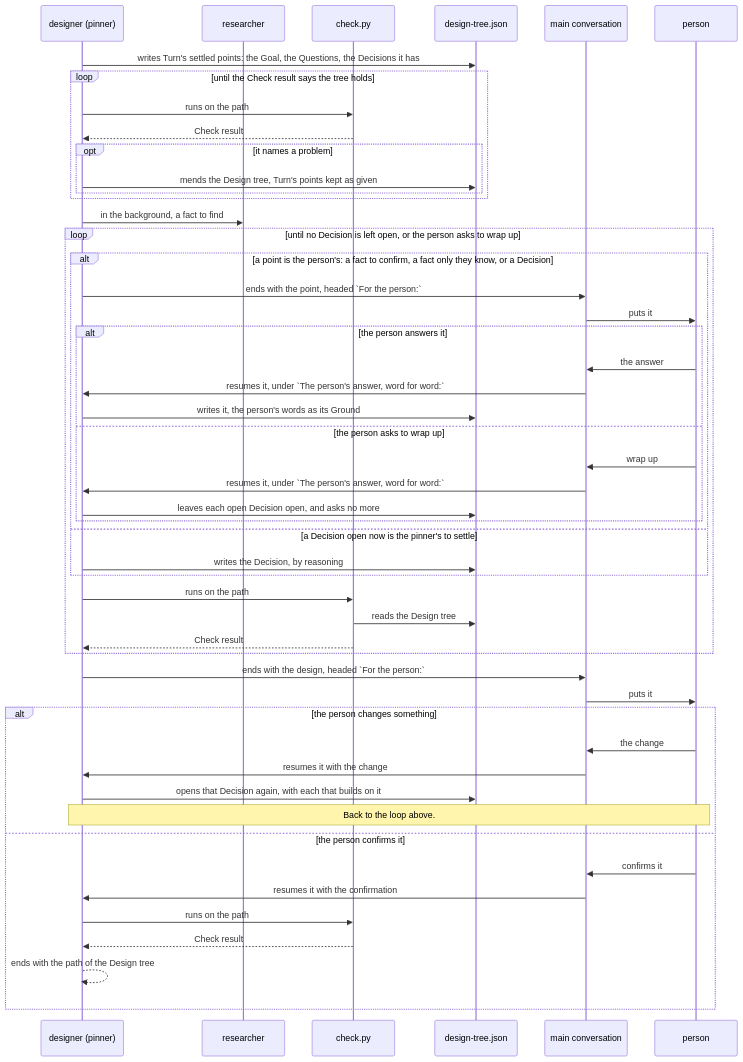
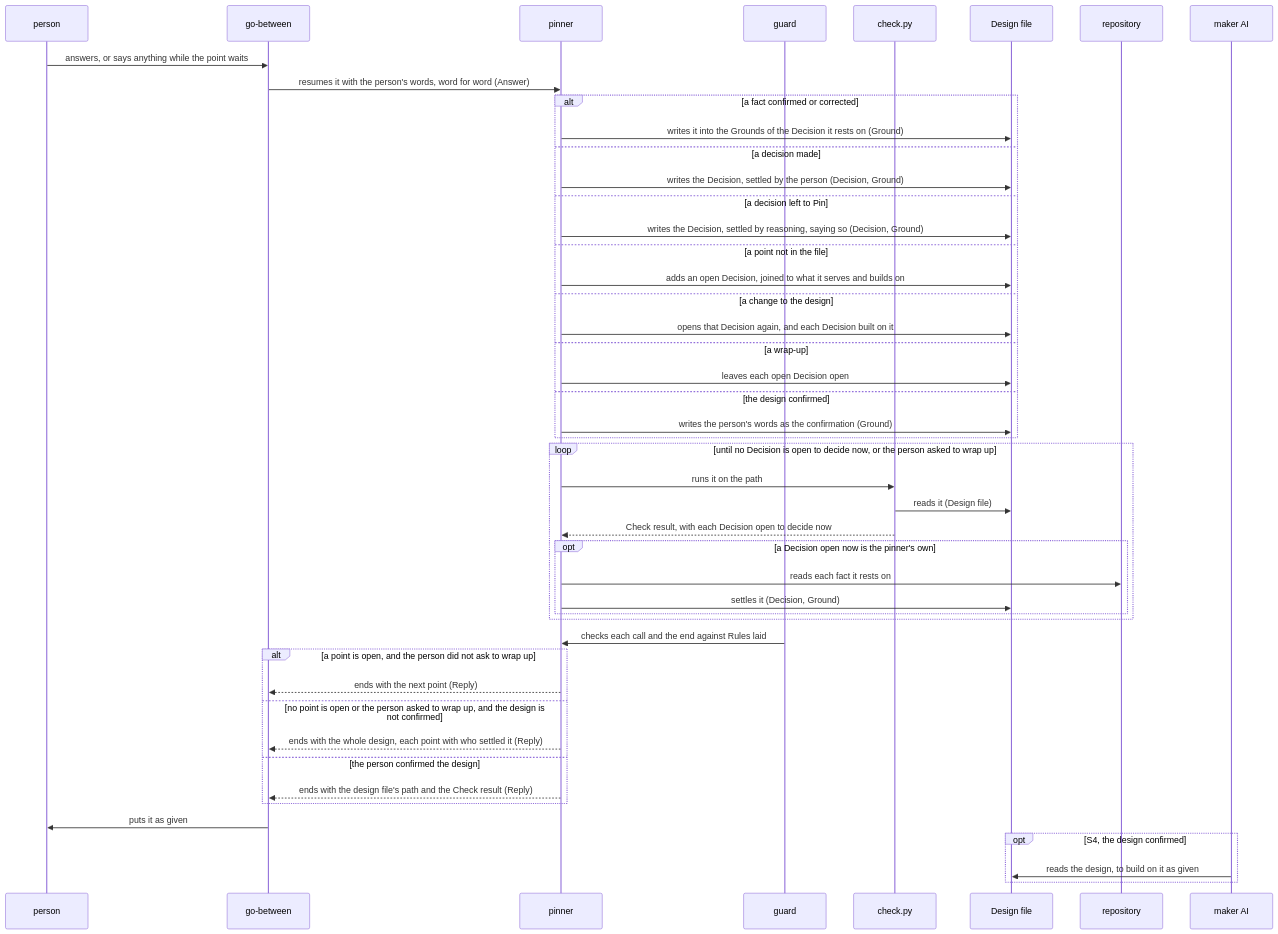
The second of 2 diagrams in dev/pin/architecture.md (lovaizu/ccpm), drawn with Mermaid before and after one commit. The commit also changed other lines of this file and 6 other files, not shown here.

````diff
--- a/dev/pin/architecture.md
+++ b/dev/pin/architecture.md
@@ -269,52 +263,49 @@
 ```mermaid
 sequenceDiagram
-  participant D as designer (pinner)
-  participant R as researcher
-  participant C as check.py
-  participant T as design-tree.json
-  participant M as main conversation
   participant P as person
-  D->>T: writes Turn's settled points: the Goal, the Questions, the Decisions it has
-  loop until the Check result says the tree holds
-    D->>C: runs on the path
-    C-->>D: Check result
-    opt it names a problem
-      D->>T: mends the Design tree, Turn's points kept as given
+  participant GB as go-between
+  participant PN as pinner
+  participant GD as guard
+  participant CK as check.py
+  participant DF as Design file
+  participant RP as repository
+  participant M as maker AI
+  P->>GB: answers, or says anything while the point waits
+  GB->>PN: resumes it with the person's words, word for word (Answer)
+  alt a fact confirmed or corrected
+    PN->>DF: writes it into the Grounds of the Decision it rests on (Ground)
+  else a decision made
+    PN->>DF: writes the Decision, settled by the person (Decision, Ground)
+  else a decision left to Pin
+    PN->>DF: writes the Decision, settled by reasoning, saying so (Decision, Ground)
+  else a point not in the file
+    PN->>DF: adds an open Decision, joined to what it serves and builds on
+  else a change to the design
+    PN->>DF: opens that Decision again, and each Decision built on it
+  else a wrap-up
+    PN->>DF: leaves each open Decision open
+  else the design confirmed
+    PN->>DF: writes the person's words as the confirmation (Ground)
+  end
+  loop until no Decision is open to decide now, or the person asked to wrap up
+    PN->>CK: runs it on the path
+    CK->>DF: reads it (Design file)
+    CK-->>PN: Check result, with each Decision open to decide now
+    opt a Decision open now is the pinner's own
+      PN->>RP: reads each fact it rests on
+      PN->>DF: settles it (Decision, Ground)
     end
   end
-  D->>R: in the background, a fact to find
-  loop until no Decision is left open, or the person asks to wrap up
-    alt a point is the person's: a fact to confirm, a fact only they know, or a Decision
-      D->>M: ends with the point, headed `For the person:`
-      M->>P: puts it
-      alt the person answers it
-        P->>M: the answer
-        M->>D: resumes it, under `The person's answer, word for word:`
-        D->>T: writes it, the person's words as its Ground
-      else the person asks to wrap up
-        P->>M: wrap up
-        M->>D: resumes it, under `The person's answer, word for word:`
-        D->>T: leaves each open Decision open, and asks no more
-      end
-    else a Decision open now is the pinner's to settle
-      D->>T: writes the Decision, by reasoning
-    end
-    D->>C: runs on the path
-    C->>T: reads the Design tree
-    C-->>D: Check result
+  GD->>PN: checks each call and the end against Rules laid
+  alt a point is open, and the person did not ask to wrap up
+    PN-->>GB: ends with the next point (Reply)
+  else no point is open or the person asked to wrap up, and the design is not confirmed
+    PN-->>GB: ends with the whole design, each point with who settled it (Reply)
+  else the person confirmed the design
+    PN-->>GB: ends with the design file's path and the Check result (Reply)
   end
-  D->>M: ends with the design, headed `For the person:`
-  M->>P: puts it
-  alt the person changes something
-    P->>M: the change
-    M->>D: resumes it with the change
-    D->>T: opens that Decision again, with each that builds on it
-    Note over D,P: Back to the loop above.
-  else the person confirms it
-    P->>M: confirms it
-    M->>D: resumes it with the confirmation
-    D->>C: runs on the path
-    C-->>D: Check result
-    D-->>D: ends with the path of the Design tree
+  GB->>P: puts it as given
+  opt S4, the design confirmed
+    M->>DF: reads the design, to build on it as given
   end
 ```
````
